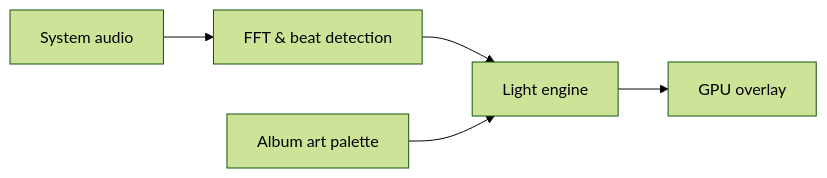
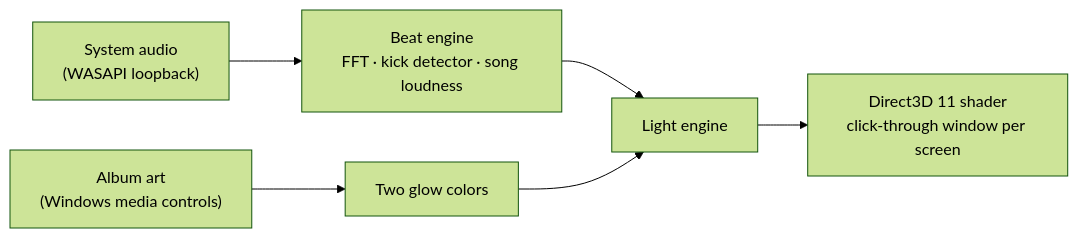
One commit to sussyswimmer/bordervisualizer changed the diagram in README.md. Above: the diagram before and after it, drawn with Mermaid (forest theme). The commit also changed other lines of this file and 11 other files, not shown here.

````diff
--- a/README.md
+++ b/README.md
@@ -121,7 +50,8 @@
 ```mermaid
 flowchart LR
-    audio["System audio"] --> fft["FFT & beat detection"]
-    fft --> engine["Light engine"]
-    art["Album art palette"] --> engine
-    engine --> overlay["GPU overlay"]
+    audio["System audio<br>(WASAPI loopback)"] --> beat["Beat engine<br>FFT · kick detector · song loudness"]
+    art["Album art<br>(Windows media controls)"] --> colors["Two glow colors"]
+    beat --> light["Light engine"]
+    colors --> light
+    light --> gpu["Direct3D 11 shader<br>click-through window per screen"]
 ```
````
